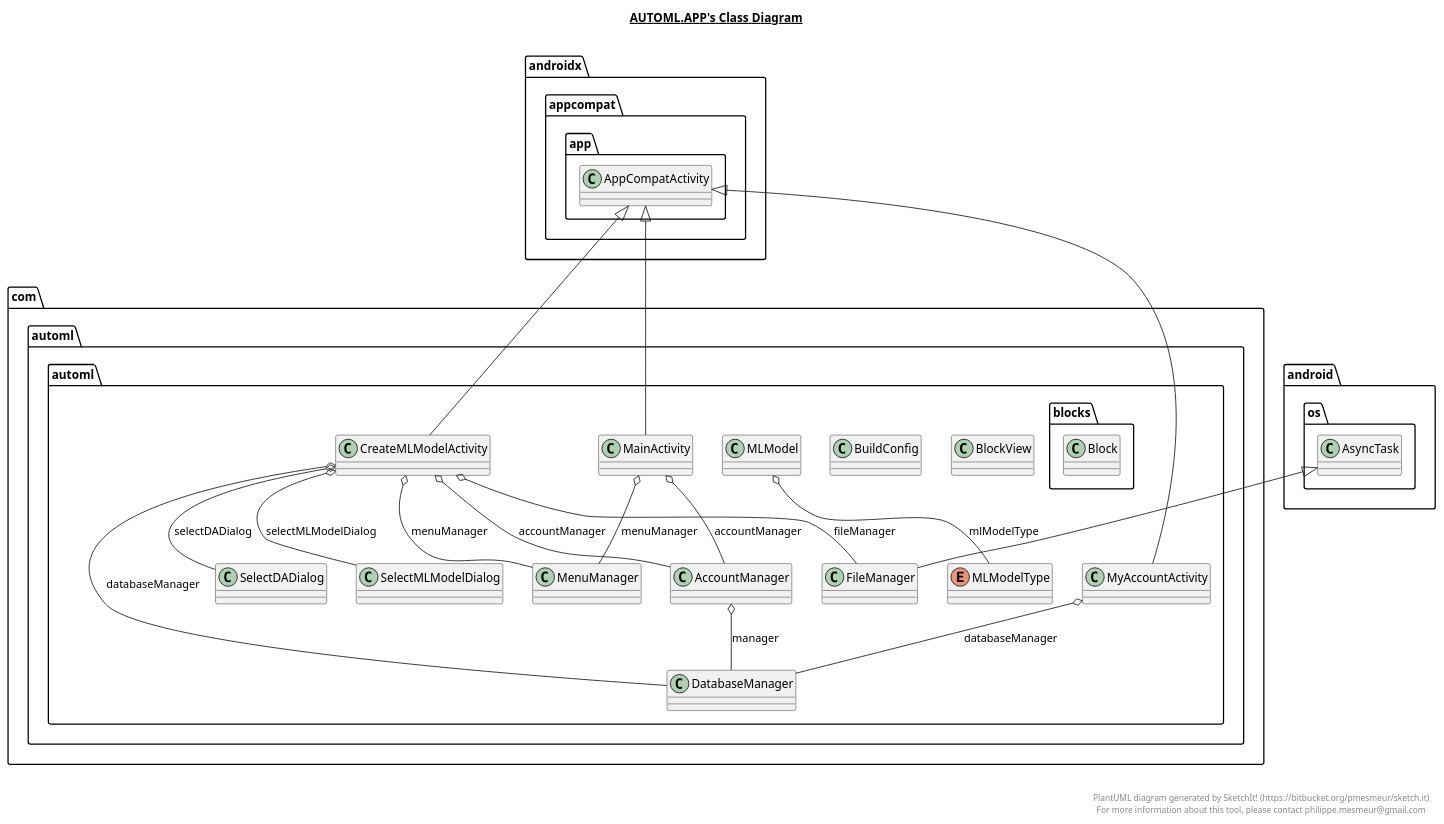
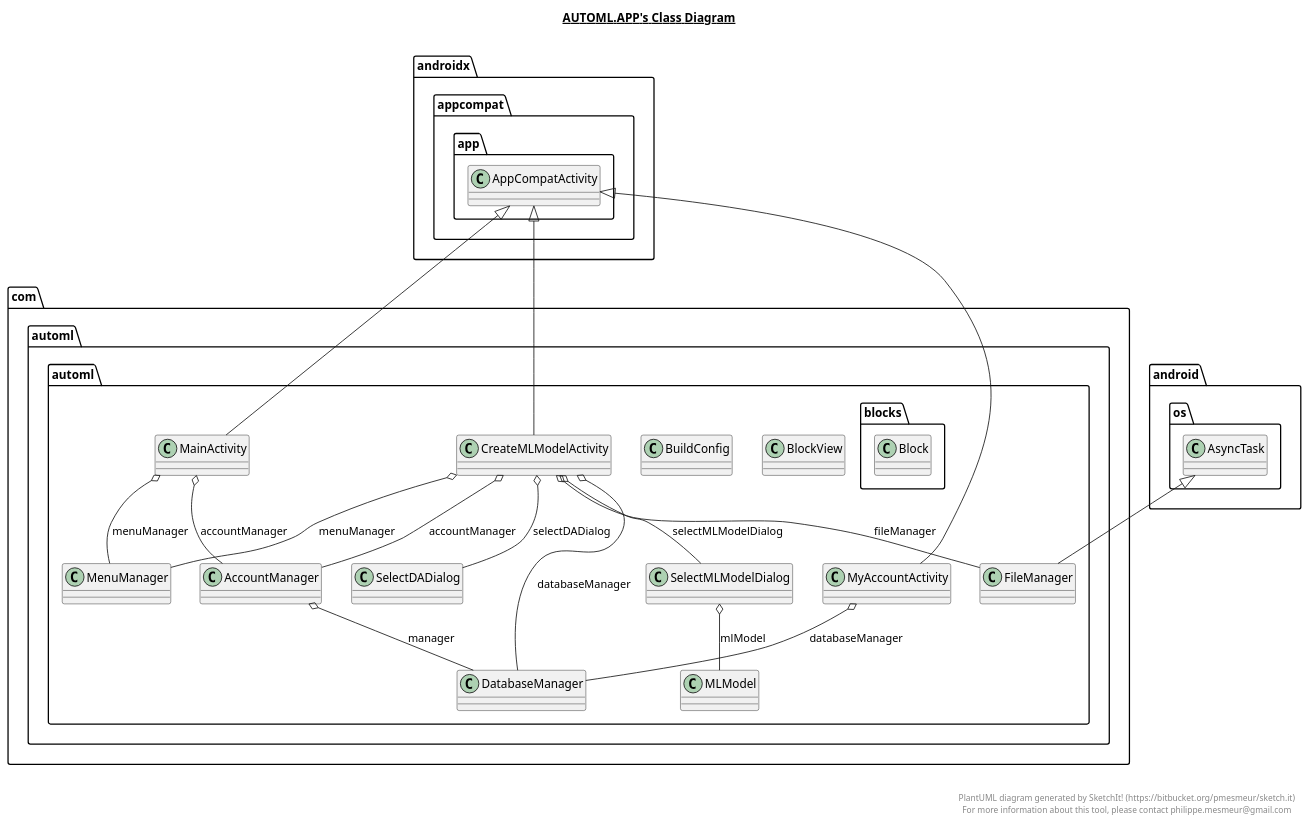
Before and after one commit to TomerReiner/AutoML: the diagram in .idea/modules/app/app.plantuml, drawn with PlantUML. The commit also changed 19 other files, not shown here.

```diff
--- a/.idea/modules/app/app.plantuml
+++ b/.idea/modules/app/app.plantuml
@@ -1,115 +1,109 @@
 @startuml
 
 title __AUTOML.APP's Class Diagram__\n
 
   namespace com.automl.automl {
     class com.automl.automl.AccountManager {
     }
   }
   
 
   namespace com.automl.automl {
     class com.automl.automl.BlockView {
     }
   }
   
 
   namespace com.automl.automl {
     class com.automl.automl.BuildConfig {
     }
   }
   
 
   namespace com.automl.automl {
     class com.automl.automl.CreateMLModelActivity {
     }
   }
   
 
   namespace com.automl.automl {
     class com.automl.automl.DatabaseManager {
     }
   }
   
 
   namespace com.automl.automl {
     class com.automl.automl.FileManager {
     }
   }
   
 
   namespace com.automl.automl {
     class com.automl.automl.MLModel {
-    }
-  }
-  
-
-  namespace com.automl.automl {
-    enum MLModelType {
     }
   }
   
 
   namespace com.automl.automl {
     class com.automl.automl.MainActivity {
     }
   }
   
 
   namespace com.automl.automl {
     class com.automl.automl.MenuManager {
     }
   }
   
 
   namespace com.automl.automl {
     class com.automl.automl.MyAccountActivity {
     }
   }
   
 
   namespace com.automl.automl {
     class com.automl.automl.SelectDADialog {
     }
   }
   
 
   namespace com.automl.automl {
     class com.automl.automl.SelectMLModelDialog {
     }
   }
   
 
   namespace com.automl.automl {
     namespace blocks {
       class com.automl.automl.blocks.Block {
       }
     }
   }
   
 
   com.automl.automl.AccountManager o-- com.automl.automl.DatabaseManager : manager
   com.automl.automl.CreateMLModelActivity -up-|> androidx.appcompat.app.AppCompatActivity
   com.automl.automl.CreateMLModelActivity o-- com.automl.automl.AccountManager : accountManager
   com.automl.automl.CreateMLModelActivity o-- com.automl.automl.DatabaseManager : databaseManager
   com.automl.automl.CreateMLModelActivity o-- com.automl.automl.FileManager : fileManager
   com.automl.automl.CreateMLModelActivity o-- com.automl.automl.MenuManager : menuManager
   com.automl.automl.CreateMLModelActivity o-- com.automl.automl.SelectDADialog : selectDADialog
   com.automl.automl.CreateMLModelActivity o-- com.automl.automl.SelectMLModelDialog : selectMLModelDialog
   com.automl.automl.FileManager -up-|> android.os.AsyncTask
-  com.automl.automl.MLModel o-- com.automl.automl.MLModelType : mlModelType
   com.automl.automl.MainActivity -up-|> androidx.appcompat.app.AppCompatActivity
   com.automl.automl.MainActivity o-- com.automl.automl.AccountManager : accountManager
   com.automl.automl.MainActivity o-- com.automl.automl.MenuManager : menuManager
   com.automl.automl.MyAccountActivity -up-|> androidx.appcompat.app.AppCompatActivity
   com.automl.automl.MyAccountActivity o-- com.automl.automl.DatabaseManager : databaseManager
+  com.automl.automl.SelectMLModelDialog o-- com.automl.automl.MLModel : mlModel
 
 
 right footer
 
 
 PlantUML diagram generated by SketchIt! (https://bitbucket.org/pmesmeur/sketch.it)
 For more information about this tool, please contact philippe.mesmeur@gmail.com
 endfooter
 
 @enduml
```
